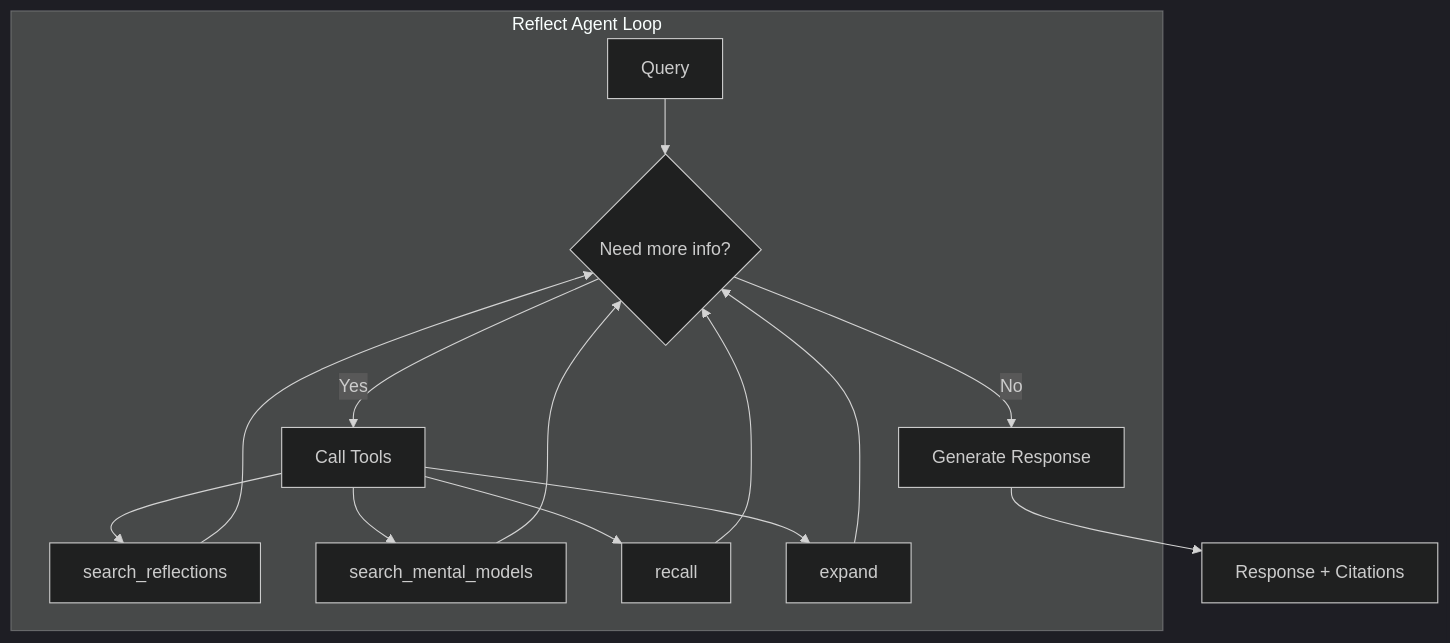
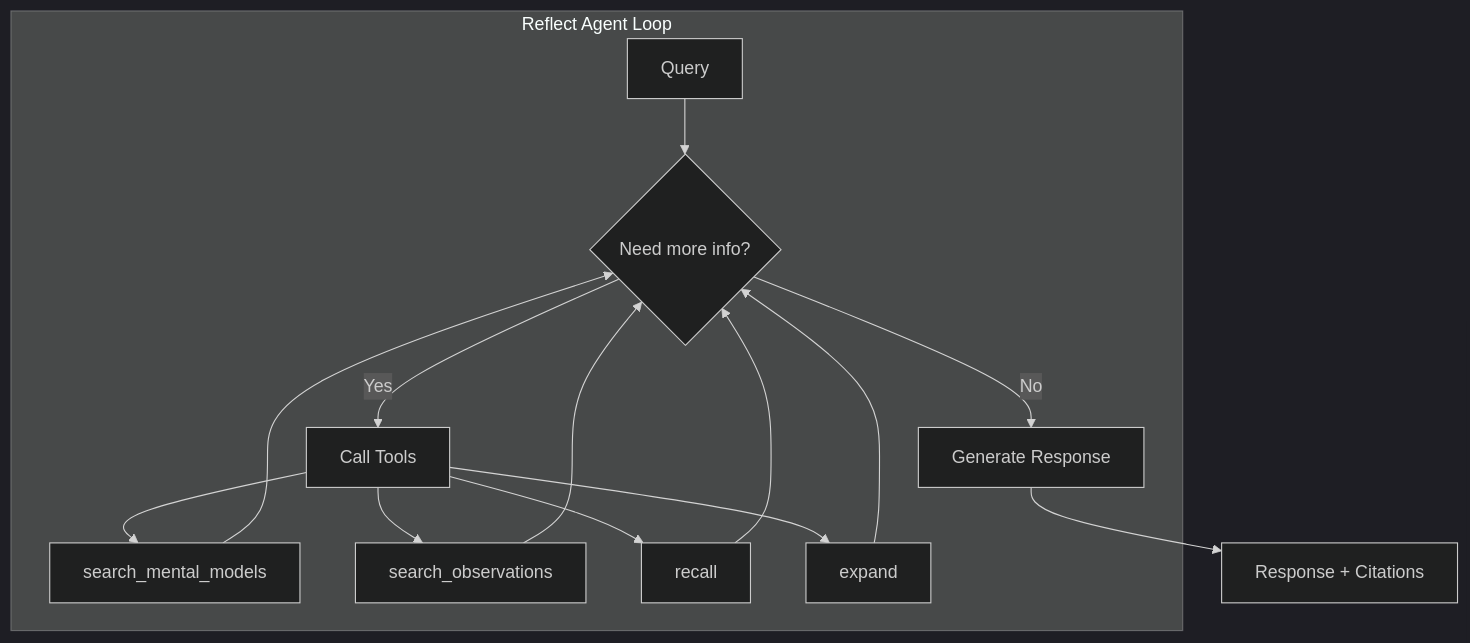
Before and after one commit to karljsamuel/hindsight: the diagram in hindsight-docs/docs/developer/reflect.mdx, drawn with Mermaid (dark theme). The commit also changed other lines of this file and 82 other files, not shown here.

````diff
--- a/hindsight-docs/docs/developer/reflect.mdx
+++ b/hindsight-docs/docs/developer/reflect.mdx
@@ -12,17 +12,17 @@
 ```mermaid
 graph TB
     subgraph agent["Reflect Agent Loop"]
         A[Query] --> B{Need more info?}
         B -->|Yes| C[Call Tools]
-        C --> D[search_reflections]
-        C --> E[search_mental_models]
+        C --> D[search_mental_models]
+        C --> E[search_observations]
         C --> F[recall]
         C --> G[expand]
         D --> B
         E --> B
         F --> B
         G --> B
         B -->|No| H[Generate Response]
     end
     H --> I[Response + Citations]
 ```
````
